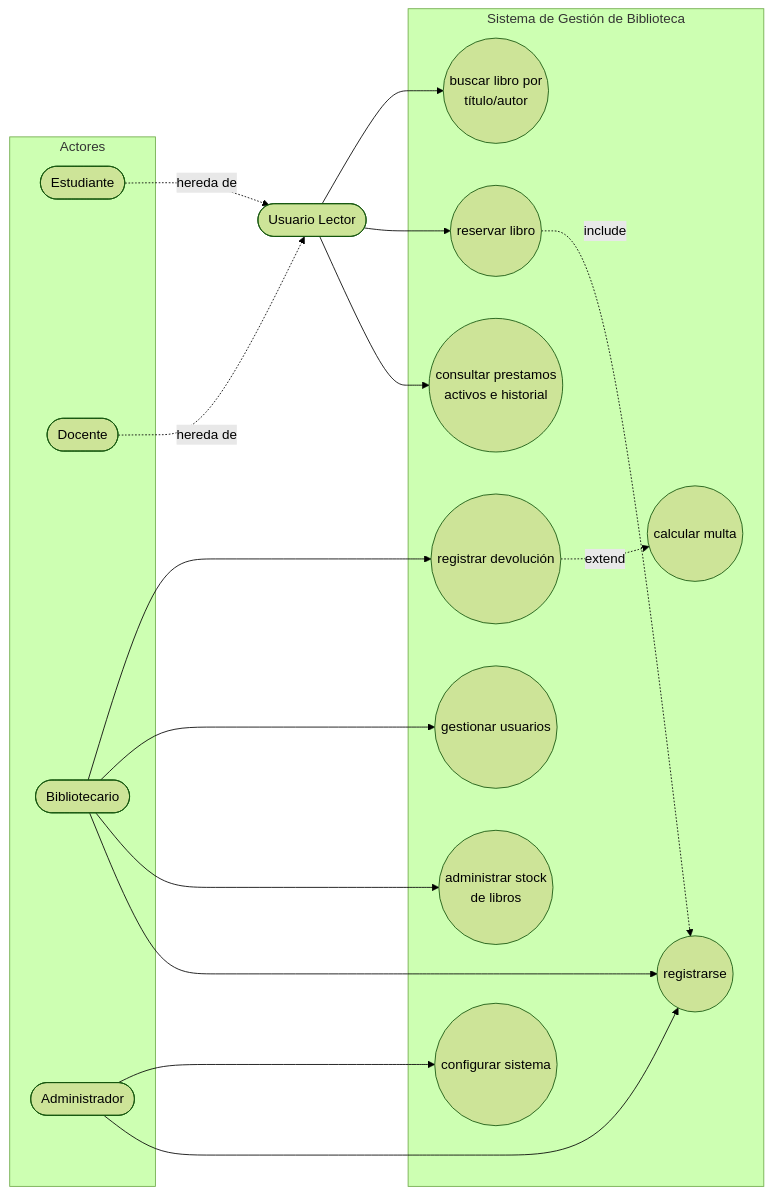
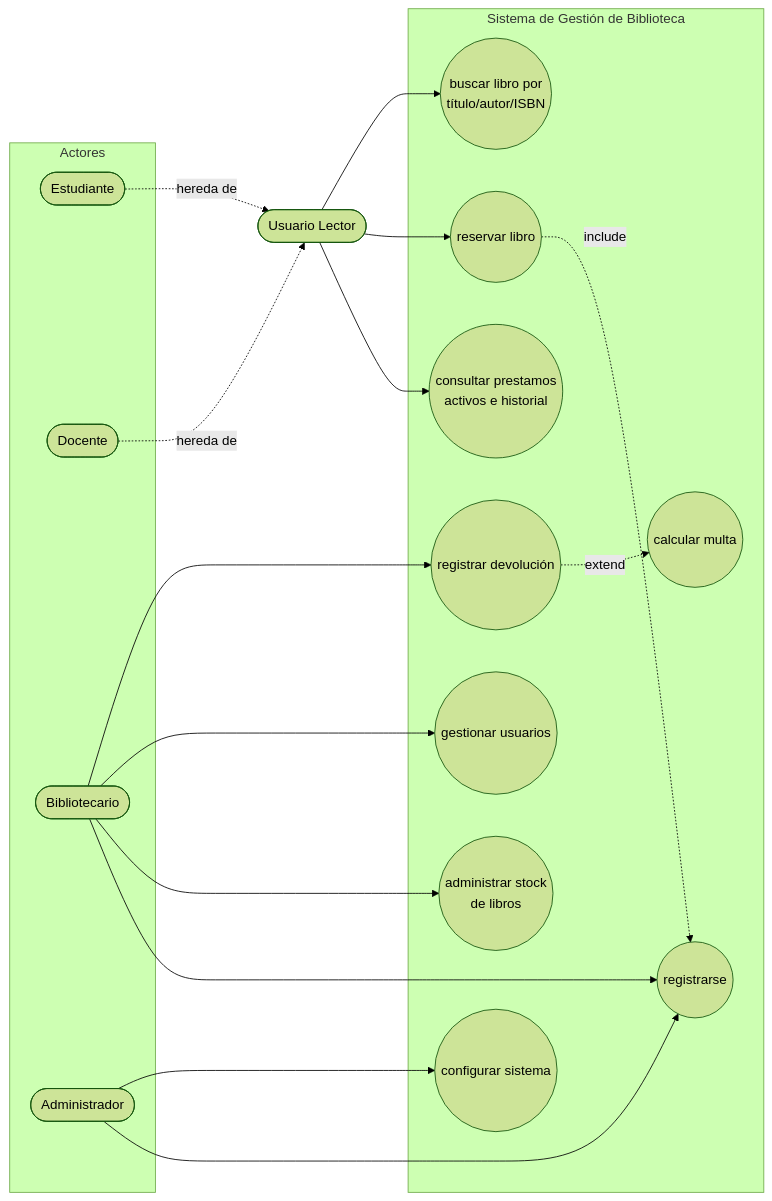
One commit to guadalupemolinna/IS1_TP7 changed the diagram in ejercicio6-1.md. Above: the diagram before and after it, drawn with Mermaid (forest theme).

Commit message:
Update use case to include ISBN in search

````diff
--- a/ejercicio6-1.md
+++ b/ejercicio6-1.md
@@ -1,39 +1,39 @@
 ```mermaid
 flowchart LR
     subgraph Actores
         EST([Estudiante])
         DOC([Docente])
         BIB([Bibliotecario])
         ADM([Administrador])
     end
 
     EST -.->|hereda de| ul
     DOC -.->|hereda de| ul
     ul([Usuario Lector])
 
     subgraph Sistema de Gestión de Biblioteca
-        CU1((buscar libro por<br/>título/autor))
+        CU1((buscar libro por<br/>título/autor/ISBN))
         CU2((reservar libro))
         CU3((consultar prestamos<br/>activos e historial))
         CU4((registrar devolución))
         CU5((calcular multa))
         CU6((gestionar usuarios))
         CU7((administrar stock<br/>de libros))
         CU8((configurar sistema))
         CU9((registrarse))
     end
 
     ul --> CU1
     ul --> CU2
     ul --> CU3
     CU2 -.->|include| CU9
 
     BIB --> CU4
     BIB --> CU6
     BIB --> CU7
     CU4 -.->|extend| CU5
     BIB --> CU9
 
     ADM --> CU8
     ADM --> CU9
 ```
````
